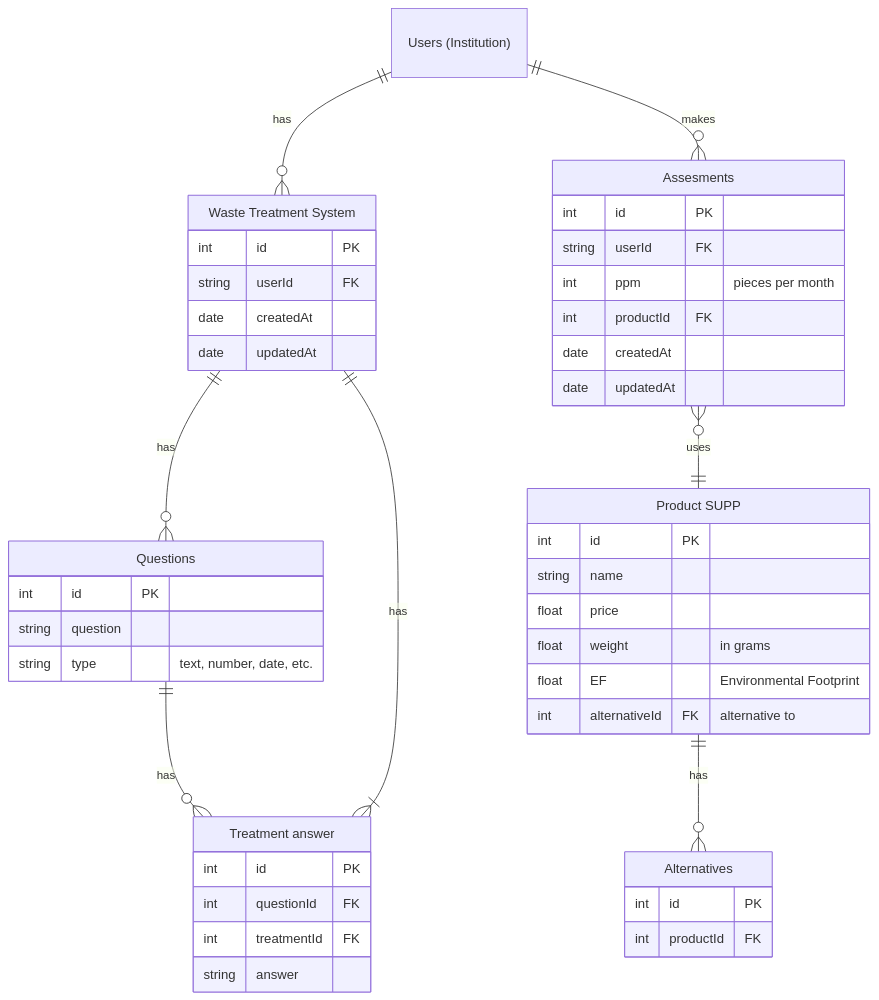
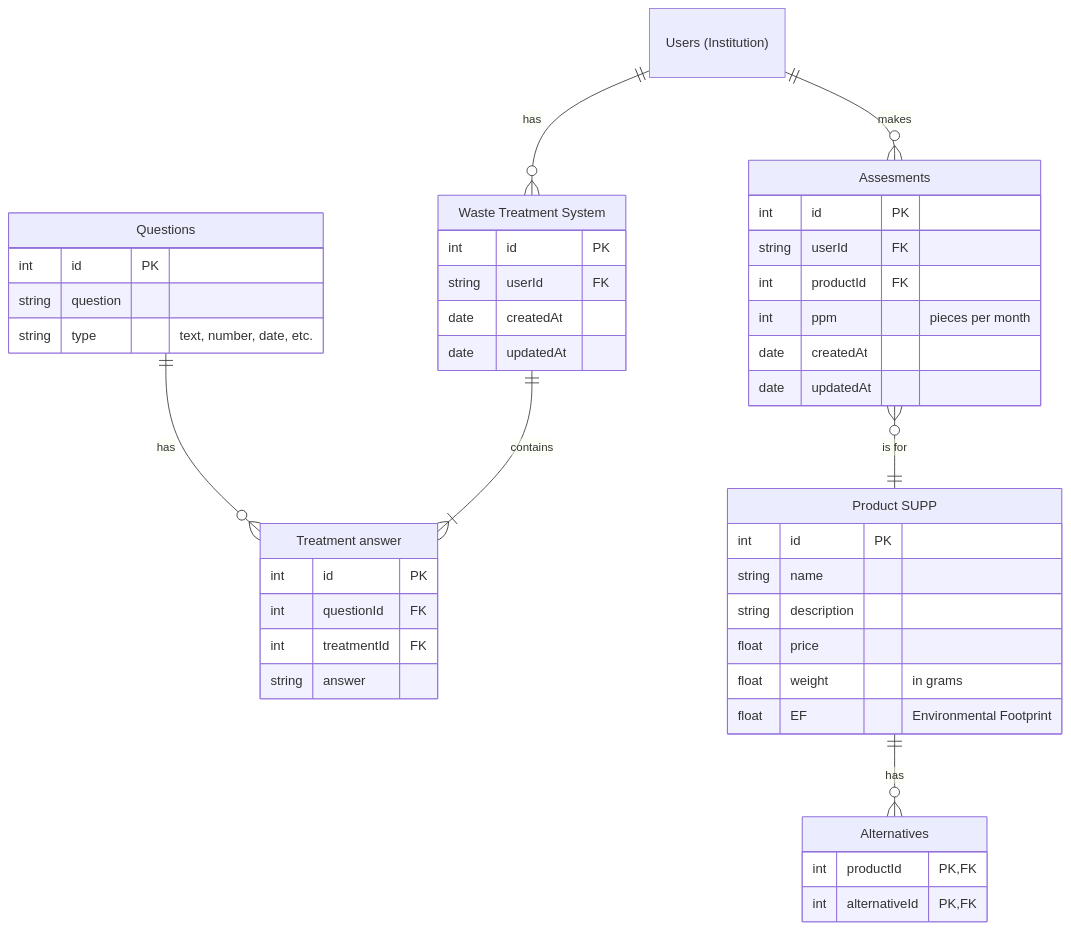
One commit to SimonStnn/BEMED changed the diagram in backend/README.md. Above: the diagram before and after it, drawn with Mermaid. The commit also changed 1 other file, not shown here.

Commit message:
Update relationships

````diff
--- a/backend/README.md
+++ b/backend/README.md
@@ -5,55 +5,55 @@
 ```mermaid
 erDiagram
 users["Users (Institution)"] {}
 
 treatments["Waste Treatment System"] {
     int id PK
     string userId FK
     date createdAt
     date updatedAt
 }
 
 questions["Questions"] {
     int id PK
     string question
     string type "text, number, date, etc."
 }
 
 answer["Treatment answer"] {
     int id PK
     int questionId FK
     int treatmentId FK
     string answer
 }
 
+products["Product SUPP"] {
+    int id PK
+    string name
+    string description
+    float price 
+    float weight "in grams"
+    float EF "Environmental Footprint"
+}
+
+alternatives["Alternatives"] {
+    int productId PK, FK
+    int alternativeId PK, FK
+}
+
 assesments["Assesments"] {
     int id PK
     string userId FK
+    int productId FK
     int ppm "pieces per month"
-    int productId FK
     date createdAt
     date updatedAt
 }
 
-products["Product SUPP"] {
-    int id PK
-    string name
-    float price 
-    float weight "in grams"
-    float EF "Environmental Footprint"
-    int alternativeId FK "alternative to"
-}
+questions ||--o{ answer : "has"
+treatments ||-- |{ answer : "contains"
+users ||--o{ treatments : "has"
+users ||--o{ assesments : "makes"
+products ||--o{ alternatives : "has"
+assesments }o--|| products : "is for"
 
-alternatives["Alternatives"] {
-    int id PK
-    int productId FK
-}
-
-users ||--o{ treatments : "has"
-treatments ||--o{ questions : "has"
-questions ||--o{ answer : "has"
-treatments ||-- |{ answer : "has"
-users ||--o{   assesments : "makes"
-products ||--o{ alternatives : "has"
-assesments }o--|| products : "uses"
 ```
````
